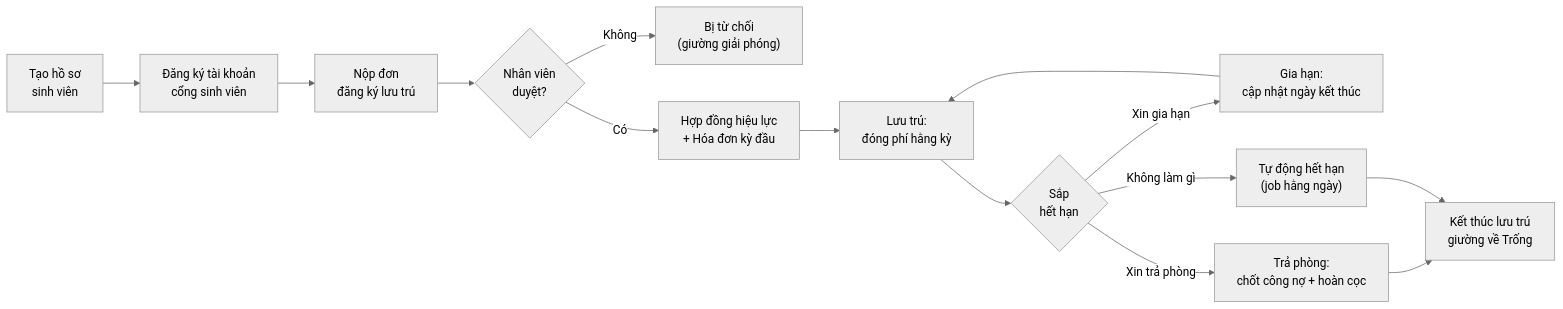
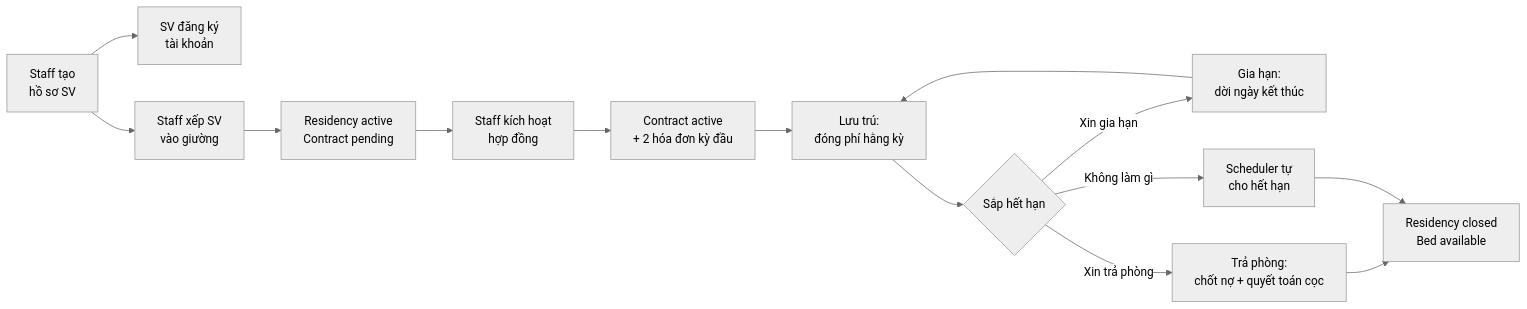
The second of 11 diagrams in docs/03-PHAN-TICH-NGHIEP-VU.md (NguyenMinh205/FE_QuanLyKTX), drawn with Mermaid (neutral theme) before and after one commit. The commit also changed other lines of this file and 45 other files, not shown here.

````diff
--- a/docs/03-PHAN-TICH-NGHIEP-VU.md
+++ b/docs/03-PHAN-TICH-NGHIEP-VU.md
@@ -28,16 +34,16 @@
 ```mermaid
 flowchart LR
-    A["Tạo hồ sơ<br/>sinh viên"] --> B["Đăng ký tài khoản<br/>cổng sinh viên"]
-    B --> C["Nộp đơn<br/>đăng ký lưu trú"]
-    C --> D{"Nhân viên<br/>duyệt?"}
-    D -->|"Không"| E["Bị từ chối<br/>(giường giải phóng)"]
-    D -->|"Có"| F["Hợp đồng hiệu lực<br/>+ Hóa đơn kỳ đầu"]
+    A["Staff tạo<br/>hồ sơ SV"] --> B["SV đăng ký<br/>tài khoản"]
+    A --> C["Staff xếp SV<br/>vào giường"]
+    C --> D["Residency active<br/>Contract pending"]
+    D --> E["Staff kích hoạt<br/>hợp đồng"]
+    E --> F["Contract active<br/>+ 2 hóa đơn kỳ đầu"]
     F --> G["Lưu trú:<br/>đóng phí hằng kỳ"]
-    G --> H{"Sắp<br/>hết hạn"}
-    H -->|"Xin gia hạn"| I["Gia hạn:<br/>cập nhật ngày kết thúc"]
+    G --> H{"Sắp hết hạn"}
+    H -->|"Xin gia hạn"| I["Gia hạn:<br/>dời ngày kết thúc"]
     I --> G
-    H -->|"Xin trả phòng"| J["Trả phòng:<br/>chốt công nợ + hoàn cọc"]
-    H -->|"Không làm gì"| K["Tự động hết hạn<br/>(job hằng ngày)"]
-    J --> L["Kết thúc lưu trú<br/>giường về Trống"]
+    H -->|"Xin trả phòng"| J["Trả phòng:<br/>chốt nợ + quyết toán cọc"]
+    H -->|"Không làm gì"| K["Scheduler tự<br/>cho hết hạn"]
+    J --> L["Residency closed<br/>Bed available"]
     K --> L
 ```
````
